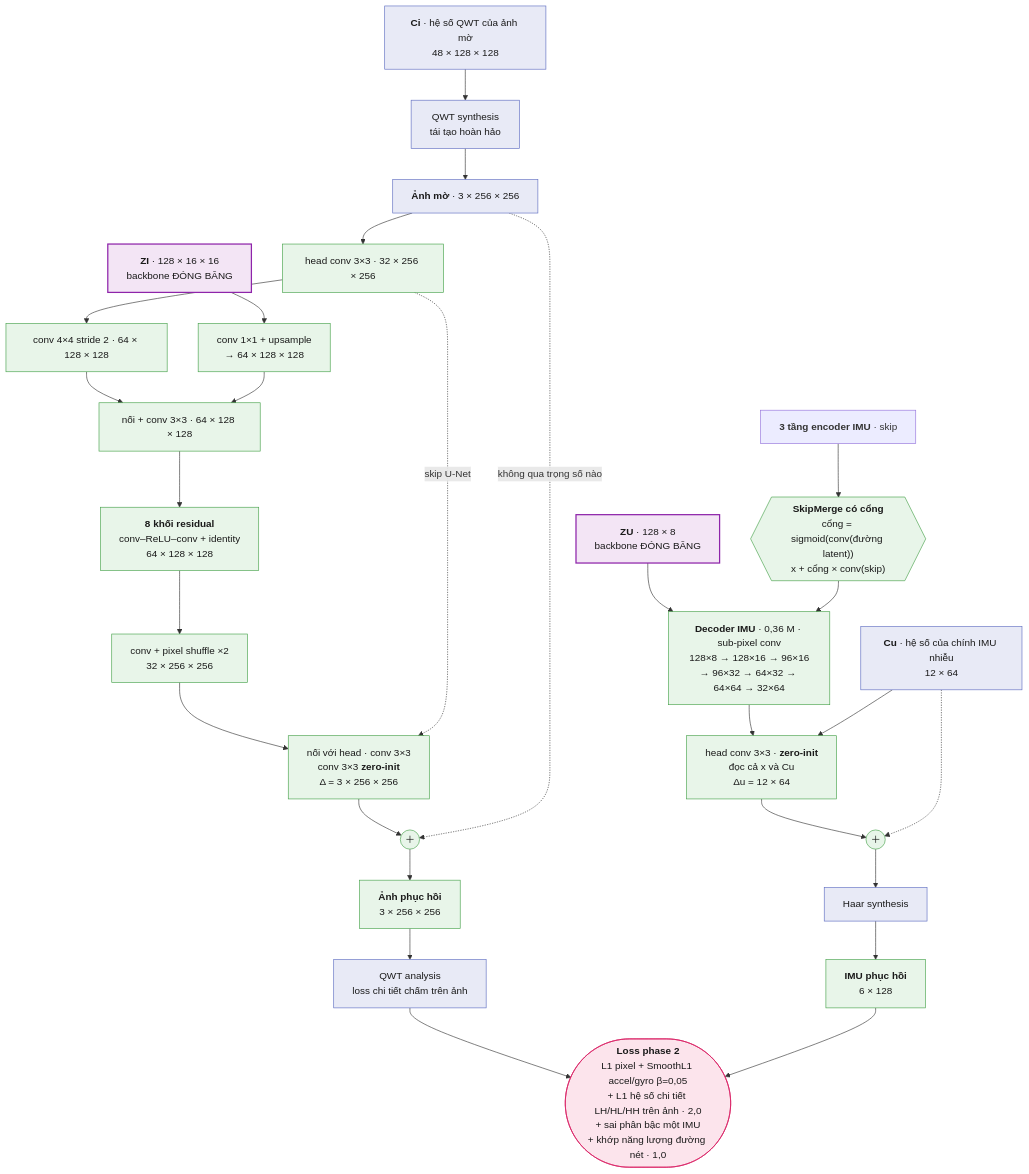
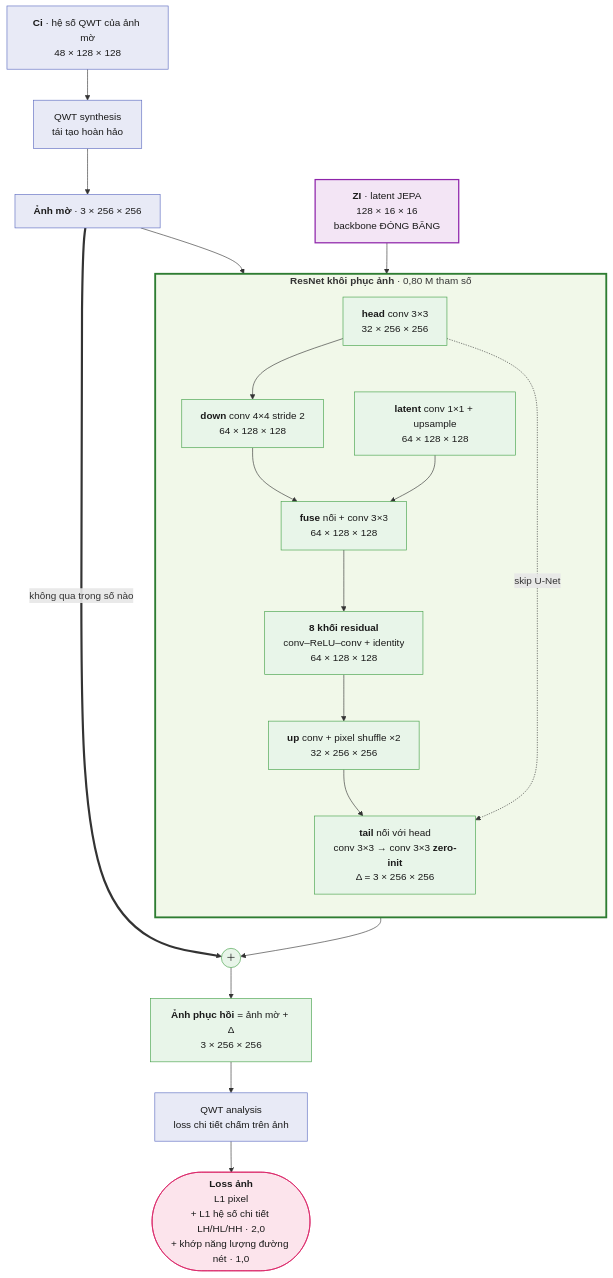
The fourth of 5 diagrams in README.md (leesanghyoek/qwt_jepa_ver3), drawn with Mermaid before and after one commit. The commit also changed other lines of this file, not shown here.

First line of the commit message:
Draw the ResNet and its blurry-image skip in the architecture diagrams

````diff
--- a/README.md
+++ b/README.md
@@ -282,44 +296,38 @@
 ```mermaid
 flowchart TB
-    ZI["<b>ZI</b> · 128 × 16 × 16<br/>backbone ĐÓNG BĂNG"]
-    ZU["<b>ZU</b> · 128 × 8<br/>backbone ĐÓNG BĂNG"]
     CI["<b>Ci</b> · hệ số QWT của ảnh mờ<br/>48 × 128 × 128"]
     SB["QWT synthesis<br/>tái tạo hoàn hảo"]
     IB["<b>Ảnh mờ</b> · 3 × 256 × 256"]
-    RH["head conv 3×3 · 32 × 256 × 256"]
-    RD["conv 4×4 stride 2 · 64 × 128 × 128"]
-    RL["conv 1×1 + upsample<br/>→ 64 × 128 × 128"]
-    RF["nối + conv 3×3 · 64 × 128 × 128"]
-    RT["<b>8 khối residual</b><br/>conv–ReLU–conv + identity<br/>64 × 128 × 128"]
-    RU["conv + pixel shuffle ×2<br/>32 × 256 × 256"]
-    RS["nối với head · conv 3×3<br/>conv 3×3 <b>zero-init</b><br/>Δ = 3 × 256 × 256"]
+    ZI["<b>ZI</b> · latent JEPA<br/>128 × 16 × 16<br/>backbone ĐÓNG BĂNG"]
+    subgraph RES["<b>ResNet khôi phục ảnh</b> · 0,80 M tham số"]
+        direction TB
+        RH["<b>head</b> conv 3×3<br/>32 × 256 × 256"]
+        RD["<b>down</b> conv 4×4 stride 2<br/>64 × 128 × 128"]
+        RL["<b>latent</b> conv 1×1 + upsample<br/>64 × 128 × 128"]
+        RF["<b>fuse</b> nối + conv 3×3<br/>64 × 128 × 128"]
+        RT["<b>8 khối residual</b><br/>conv–ReLU–conv + identity<br/>64 × 128 × 128"]
+        RU["<b>up</b> conv + pixel shuffle ×2<br/>32 × 256 × 256"]
+        RS["<b>tail</b> nối với head<br/>conv 3×3 → conv 3×3 <b>zero-init</b><br/>Δ = 3 × 256 × 256"]
+        RH --> RD --> RF
+        RL --> RF
+        RF --> RT --> RU --> RS
+        RH -. "skip U-Net" .-> RS
+    end
     PI(("＋"))
-    OI["<b>Ảnh phục hồi</b><br/>3 × 256 × 256"]
+    OI["<b>Ảnh phục hồi</b> = ảnh mờ + Δ<br/>3 × 256 × 256"]
     AI["QWT analysis<br/>loss chi tiết chấm trên ảnh"]
-    DU["<b>Decoder IMU</b> · 0,36 M · sub-pixel conv<br/>128×8 → 128×16 → 96×16<br/>→ 96×32 → 64×32 → 64×64 → 32×64"]
-    HU["head conv 3×3 · <b>zero-init</b><br/>đọc cả x và Cu<br/>Δu = 12 × 64"]
-    CU["<b>Cu</b> · hệ số của chính IMU nhiễu<br/>12 × 64"]
-    PU(("＋"))
-    SU["Haar synthesis"]
-    OU["<b>IMU phục hồi</b><br/>6 × 128"]
-    L1(["<b>Loss phase 2</b><br/>L1 pixel + SmoothL1 accel/gyro β=0,05<br/>+ L1 hệ số chi tiết LH/HL/HH trên ảnh · 2,0<br/>+ sai phân bậc một IMU<br/>+ khớp năng lượng đường nét · 1,0"])
-    SK["<b>3 tầng encoder IMU</b> · skip"]
-    GT{{"<b>SkipMerge có cổng</b><br/>cổng = sigmoid(conv(đường latent))<br/>x + cổng × conv(skip)"}}
-    CI --> SB --> IB --> RH --> RD --> RF
-    ZI --> RL --> RF --> RT --> RU --> RS --> PI --> OI --> AI --> L1
-    RH -. "skip U-Net" .-> RS
-    IB -. "không qua trọng số nào" .-> PI
-    ZU --> DU --> HU --> PU --> SU --> OU --> L1
-    SK --> GT --> DU
-    CU -.-> PU
-    CU --> HU
+    L1(["<b>Loss ảnh</b><br/>L1 pixel<br/>+ L1 hệ số chi tiết LH/HL/HH · 2,0<br/>+ khớp năng lượng đường nét · 1,0"])
+    CI --> SB --> IB --> RH
+    ZI --> RL
+    RS --> PI --> OI --> AI --> L1
+    IB == "không qua trọng số nào" ==> PI
     classDef tf fill:#e8eaf6,stroke:#5c6bc0,color:#1a1a1a
     classDef lat fill:#f3e5f5,stroke:#8e24aa,stroke-width:2px,color:#1a1a1a
     classDef p2 fill:#e8f5e9,stroke:#43a047,color:#1a1a1a
     classDef loss fill:#fce4ec,stroke:#d81b60,color:#1a1a1a
-    class ZI,ZU lat
-    class CI,CU,SB,SU,AI,IB tf
-    class RH,RD,RL,RF,RT,RU,RS,PI,OI,DU,HU,PU,OU p2
-    class GT p2
+    class ZI lat
+    class CI,SB,IB,AI tf
+    class RH,RD,RL,RF,RT,RU,RS,PI,OI p2
     class L1 loss
+    style RES fill:#f1f8e9,stroke:#2e7d32,stroke-width:3px
 ```
````
